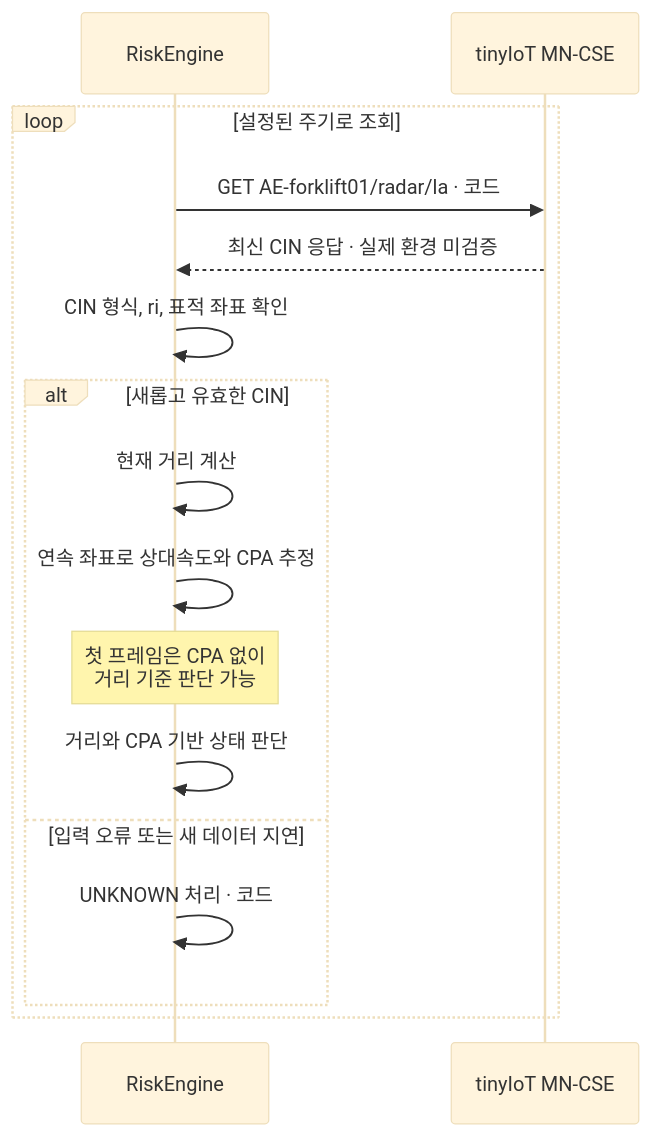
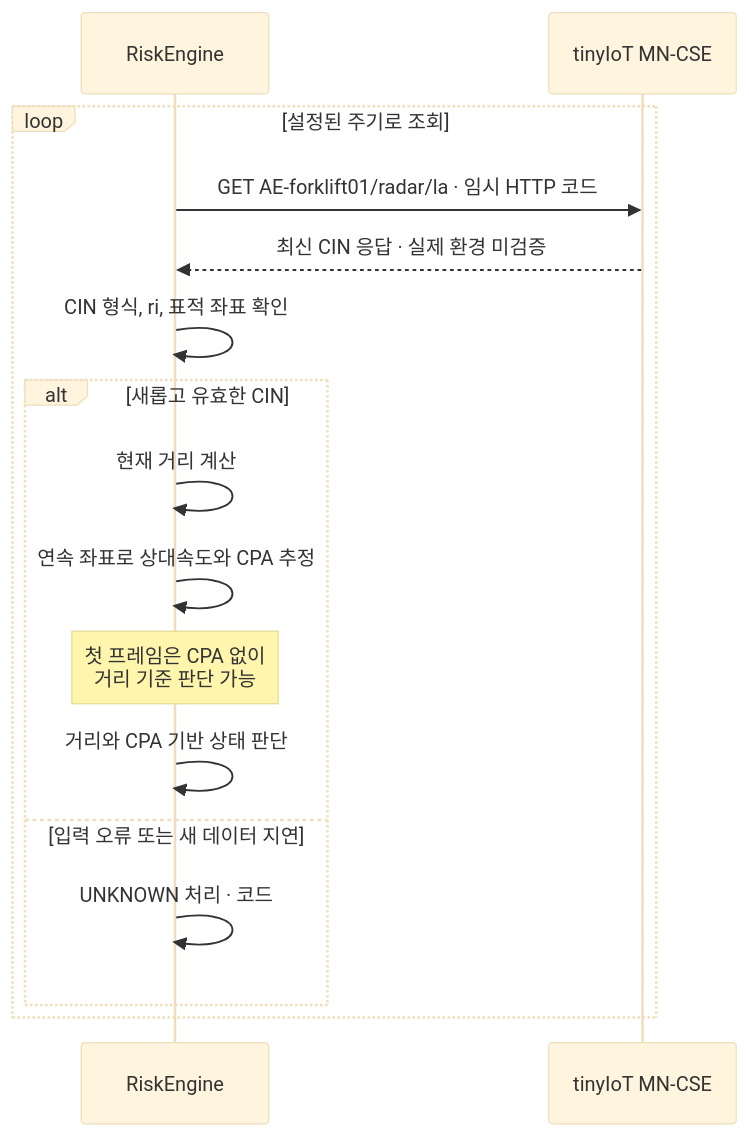
The third of 5 diagrams in docs/architecture.md (extra-7ex/Sejong_4IoT_OneM2M), drawn with Mermaid (base theme) before and after one commit. The commit also changed other lines of this file, not shown here.

Commit message:
docs: clarify temporary risk engine HTTP polling

````diff
--- a/docs/architecture.md
+++ b/docs/architecture.md
@@ -116,18 +117,18 @@
 ```mermaid
 sequenceDiagram
     participant Engine as RiskEngine
     participant CSE as tinyIoT MN-CSE
     loop 설정된 주기로 조회
-        Engine->>CSE: GET AE-forklift01/radar/la · 코드
+        Engine->>CSE: GET AE-forklift01/radar/la · 임시 HTTP 코드
         CSE-->>Engine: 최신 CIN 응답 · 실제 환경 미검증
         Engine->>Engine: CIN 형식, ri, 표적 좌표 확인
         alt 새롭고 유효한 CIN
             Engine->>Engine: 현재 거리 계산
             Engine->>Engine: 연속 좌표로 상대속도와 CPA 추정
             Note over Engine: 첫 프레임은 CPA 없이<br/>거리 기준 판단 가능
             Engine->>Engine: 거리와 CPA 기반 상태 판단
         else 입력 오류 또는 새 데이터 지연
             Engine->>Engine: UNKNOWN 처리 · 코드
         end
     end
 ```
````
